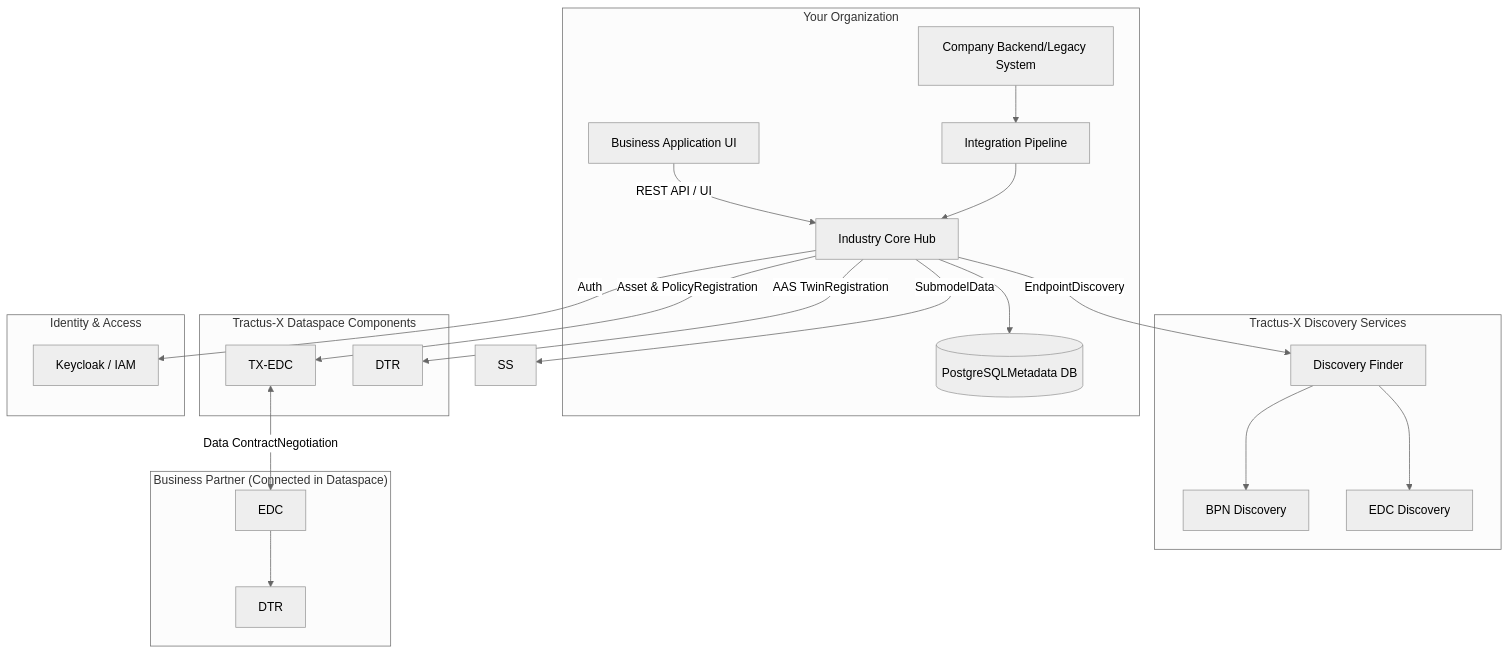
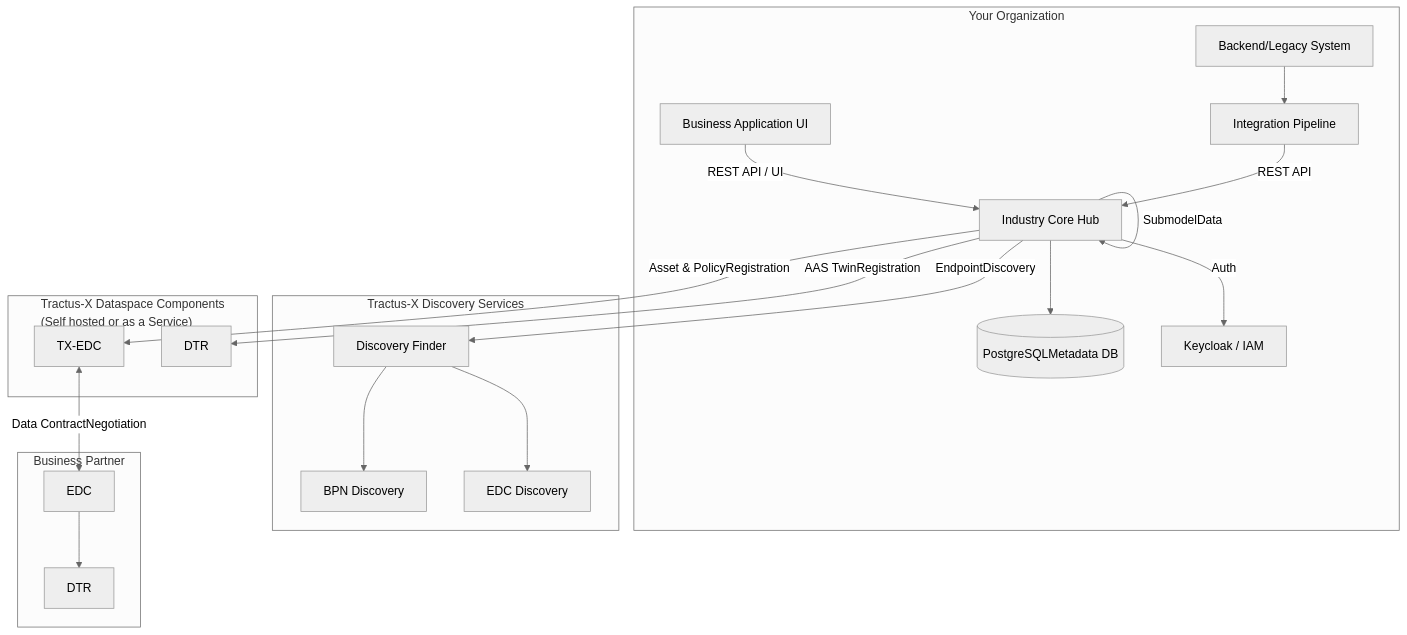
One commit to jalvaro-lks/industry-core-hub changed the first of 7 diagrams in README.md. Above: the diagram before and after it, drawn with Mermaid (neutral theme).

Commit message:
feat: update context

````diff
--- a/README.md
+++ b/README.md
@@ -116,44 +116,42 @@
 ```mermaid
 graph TB
     subgraph "Your Organization"
-        BACK["Company Backend/Legacy System"]
+        BACK["Backend/Legacy System"]
         PIP["Integration Pipeline"]
         APP["Business Application UI"]
         ICH["Industry Core Hub"]
         DB[("PostgreSQLMetadata DB")]
+        KC["Keycloak / IAM"]
     end
 
-    subgraph "Tractus-X Dataspace Components"
+    subgraph "Tractus-X Dataspace Components \n (Self hosted or as a Service)"
         EDC["TX-EDC"]
         DTR["DTR"]
     end
 
     subgraph "Tractus-X Discovery Services"
         DF["Discovery Finder"]
         BPND["BPN Discovery"]
         EDCD["EDC Discovery"]
     end
 
-    subgraph "Identity & Access"
-        KC["Keycloak / IAM"]
-    end
 
-    subgraph "Business Partner (Connected in Dataspace)"
+    subgraph "Business Partner"
         PEDC["EDC"]
         PDTR["DTR"]
     end
 
     APP -- "REST API / UI" --> ICH
     ICH --> DB
     ICH -- "Asset & PolicyRegistration" --> EDC
     ICH -- "AAS TwinRegistration" --> DTR
-    ICH -- "SubmodelData" --> SS
+    ICH -- "SubmodelData" --> ICH
     ICH -- "EndpointDiscovery" --> DF
     DF --> BPND
     DF --> EDCD
     BACK --> PIP
-    PIP --> ICH
+    PIP -- "REST API" --> ICH
     ICH -- "Auth" --> KC
     EDC <-- "Data ContractNegotiation" --> PEDC
     PEDC --> PDTR
 ```
````
